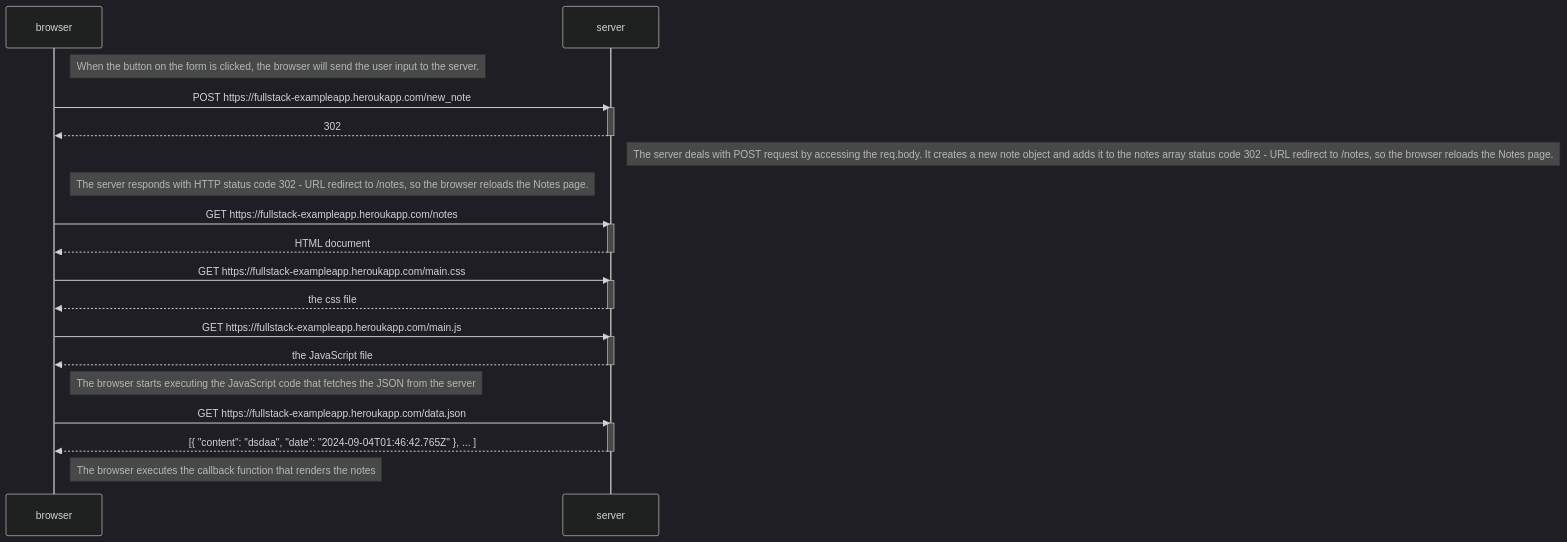
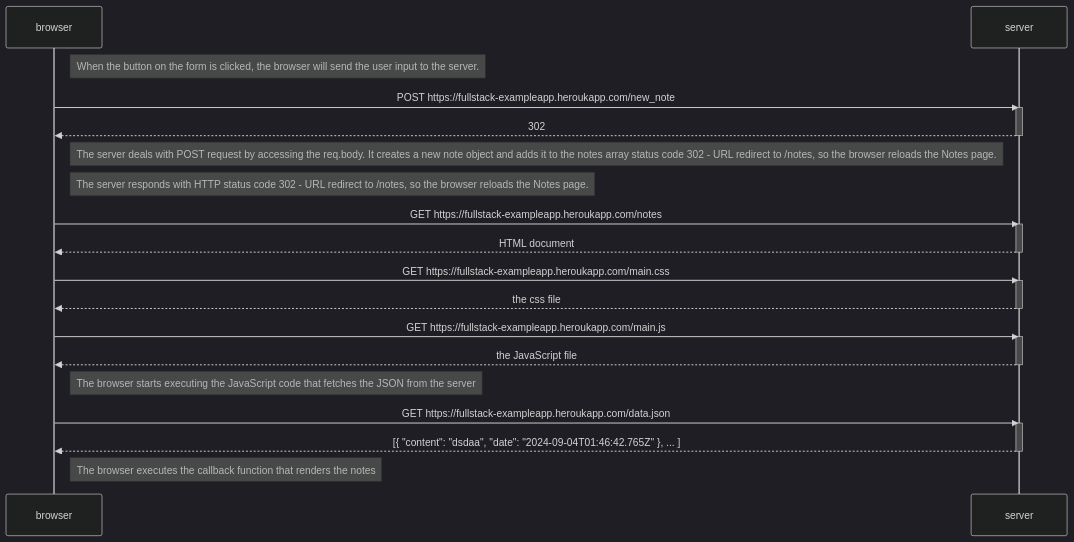
The diagram in part0/NewNoteDiagram.md (abiqi1/fullstackopen), drawn with Mermaid (dark theme) before and after one commit.

Commit message:
adjustment

````diff
--- a/part0/NewNoteDiagram.md
+++ b/part0/NewNoteDiagram.md
@@ -1,41 +1,41 @@
 ```mermaid
 sequenceDiagram
     participant browser
     participant server
 
     Note right of browser: When the button on the form is clicked, the browser will send the user input to the server.
     browser->>server: POST https://fullstack-exampleapp.heroukapp.com/new_note
     activate server
     server-->>browser: 302
     deactivate server
 
-    Note right of server: The server deals with POST request by accessing the req.body. It creates a new note object and adds it to the notes array status code 302 - URL redirect to /notes, so the browser reloads the Notes page.
+    Note left of server: The server deals with POST request by accessing the req.body. It creates a new note object and adds it to the notes array status code 302 - URL redirect to /notes, so the browser reloads the Notes page.
 
     Note right of browser: The server responds with HTTP status code 302 - URL redirect to /notes, so the browser reloads the Notes page.
     
     browser->>server: GET https://fullstack-exampleapp.heroukapp.com/notes
     activate server
     server-->>browser: HTML document
     deactivate server
 
     browser->>server: GET https://fullstack-exampleapp.heroukapp.com/main.css
     activate server
     server-->>browser: the css file
     deactivate server
 
     browser->>server: GET https://fullstack-exampleapp.heroukapp.com/main.js
     activate server
     server-->>browser: the JavaScript file
     deactivate server
 
     Note right of browser: The browser starts executing the JavaScript code that fetches the JSON from the server
 
     browser->>server: GET https://fullstack-exampleapp.heroukapp.com/data.json
     activate server
     server-->>browser: [{ "content": "dsdaa", "date": "2024-09-04T01:46:42.765Z" }, ... ]
     deactivate server
 
     Note right of browser: The browser executes the callback function that renders the notes
 
 
 ```
````
